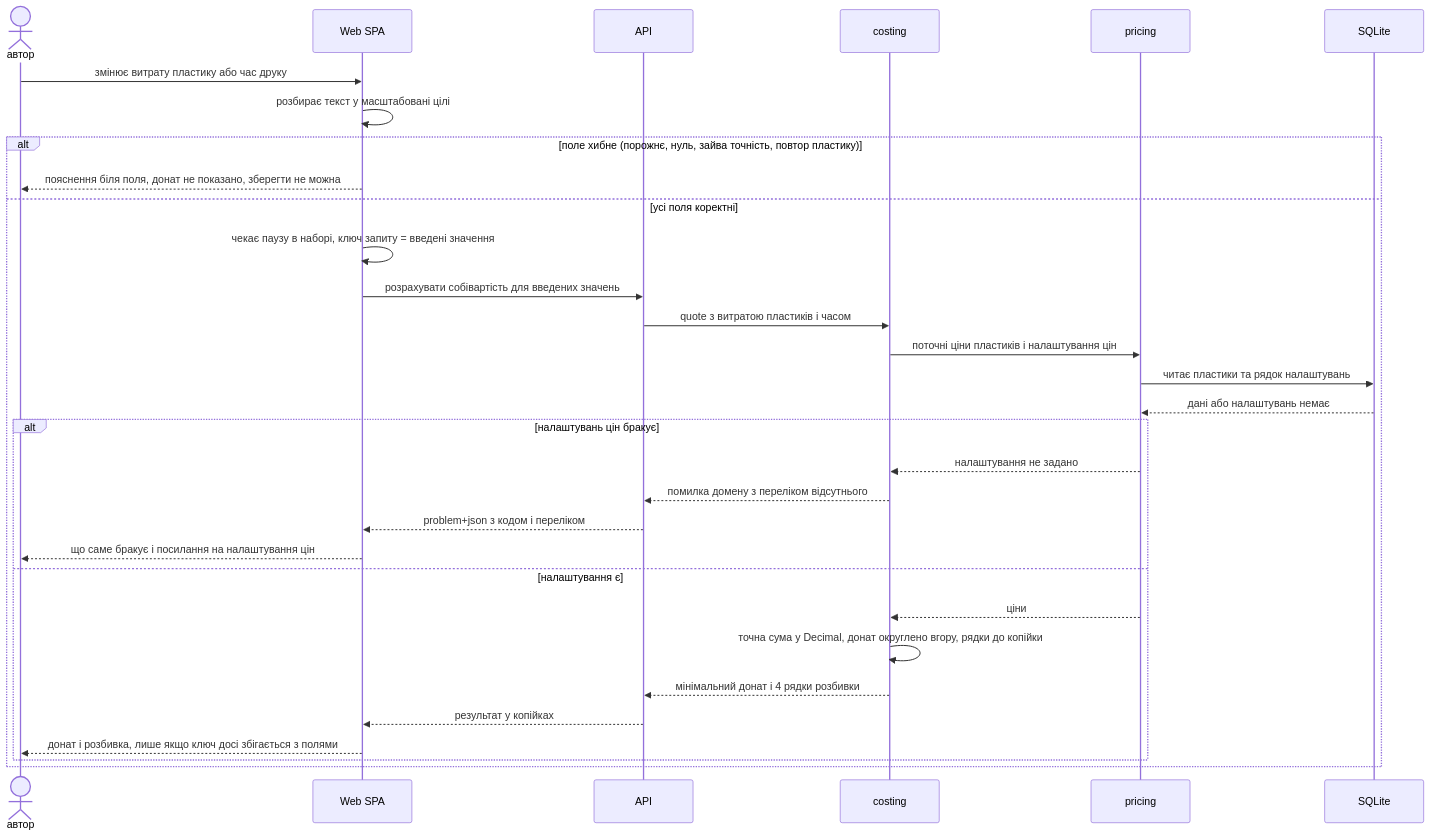
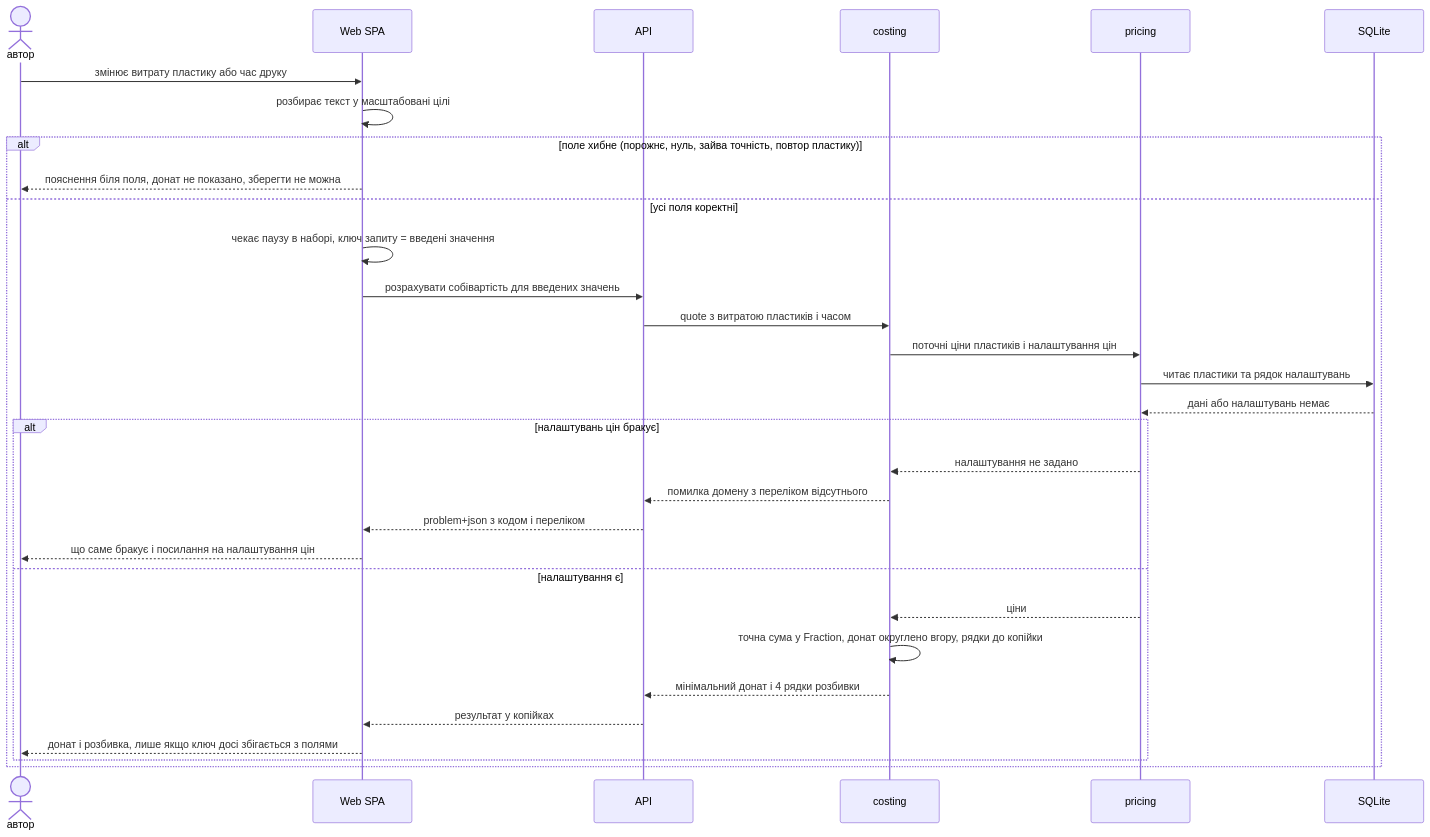
The sixth of 11 diagrams in docs/features/cost-calculator/sad.md (Gitboolean/calculate-3d), drawn with Mermaid before and after one commit. The commit also changed other lines of this file and 4 other files, not shown here.

````diff
--- a/docs/features/cost-calculator/sad.md
+++ b/docs/features/cost-calculator/sad.md
@@ -304,33 +304,33 @@
 ```mermaid
 sequenceDiagram
     actor author as автор
     participant spa as Web SPA
     participant api as API
     participant costing as costing
     participant pricing as pricing
     participant db as SQLite
     author->>spa: змінює витрату пластику або час друку
     spa->>spa: розбирає текст у масштабовані цілі
     alt поле хибне (порожнє, нуль, зайва точність, повтор пластику)
         spa-->>author: пояснення біля поля, донат не показано, зберегти не можна
     else усі поля коректні
         spa->>spa: чекає паузу в наборі, ключ запиту = введені значення
         spa->>api: розрахувати собівартість для введених значень
         api->>costing: quote з витратою пластиків і часом
         costing->>pricing: поточні ціни пластиків і налаштування цін
         pricing->>db: читає пластики та рядок налаштувань
         db-->>pricing: дані або налаштувань немає
         alt налаштувань цін бракує
             pricing-->>costing: налаштування не задано
             costing-->>api: помилка домену з переліком відсутнього
             api-->>spa: problem+json з кодом і переліком
             spa-->>author: що саме бракує і посилання на налаштування цін
         else налаштування є
             pricing-->>costing: ціни
-            costing->>costing: точна сума у Decimal, донат округлено вгору, рядки до копійки
+            costing->>costing: точна сума у Fraction, донат округлено вгору, рядки до копійки
             costing-->>api: мінімальний донат і 4 рядки розбивки
             api-->>spa: результат у копійках
             spa-->>author: донат і розбивка, лише якщо ключ досі збігається з полями
         end
     end
 ```
````
